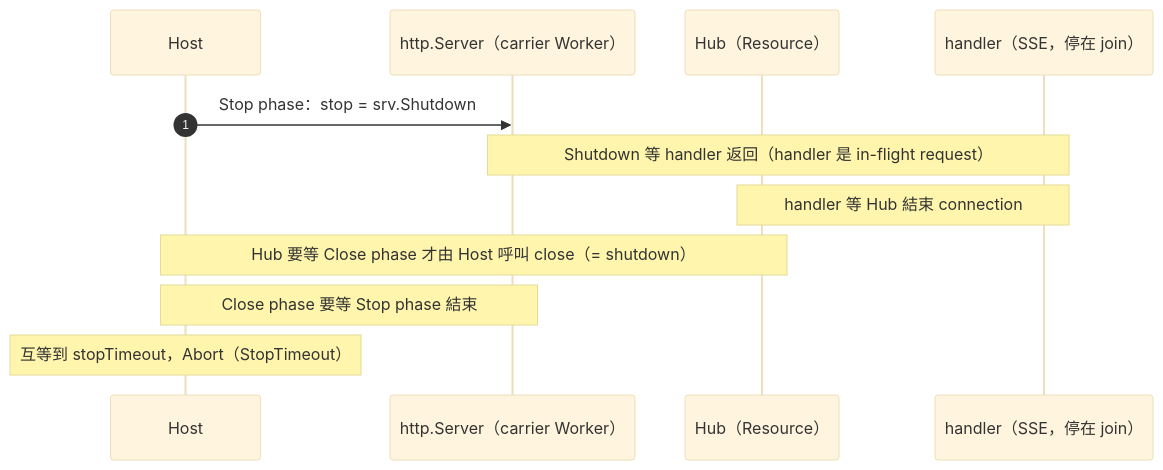
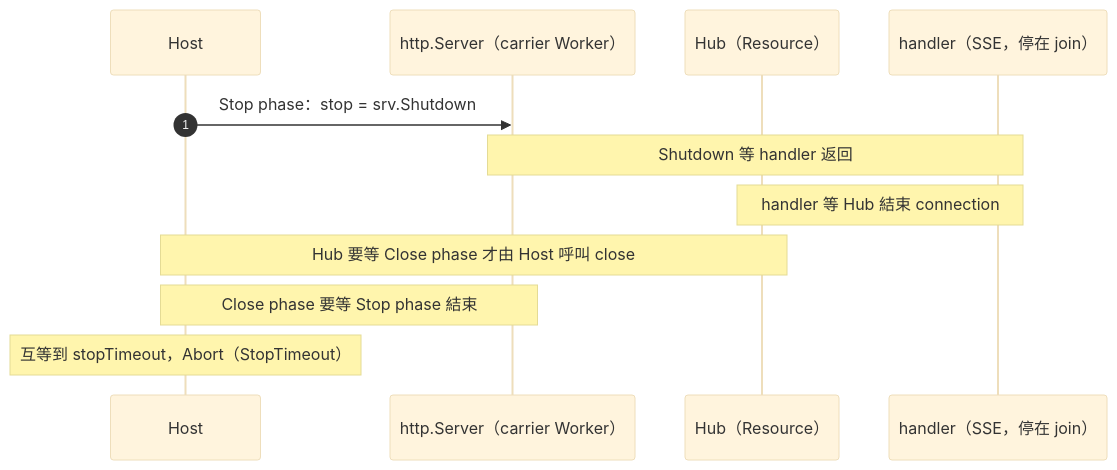
One commit to KScaesar/system_design changed the sixth of 6 diagrams in app_lifecycle.md. Above: the diagram before and after it, drawn with Mermaid (base theme). The commit also changed other lines of this file, not shown here.

````diff
--- a/app_lifecycle.md
+++ b/app_lifecycle.md
@@ -909,15 +1542,15 @@
 ```mermaid
 sequenceDiagram
     autonumber
     participant H as Host
     participant Srv as http.Server（carrier Worker）
     participant Hub as Hub（Resource）
     participant C as handler（SSE，停在 join）
 
     H->>Srv: Stop phase：stop = srv.Shutdown
-    Note over Srv,C: Shutdown 等 handler 返回（handler 是 in-flight request）
+    Note over Srv,C: Shutdown 等 handler 返回
     Note over C,Hub: handler 等 Hub 結束 connection
-    Note over Hub,H: Hub 要等 Close phase 才由 Host 呼叫 close（= shutdown）
+    Note over Hub,H: Hub 要等 Close phase 才由 Host 呼叫 close
     Note over H,Srv: Close phase 要等 Stop phase 結束
     Note over H: 互等到 stopTimeout，Abort（StopTimeout）
 ```
````
